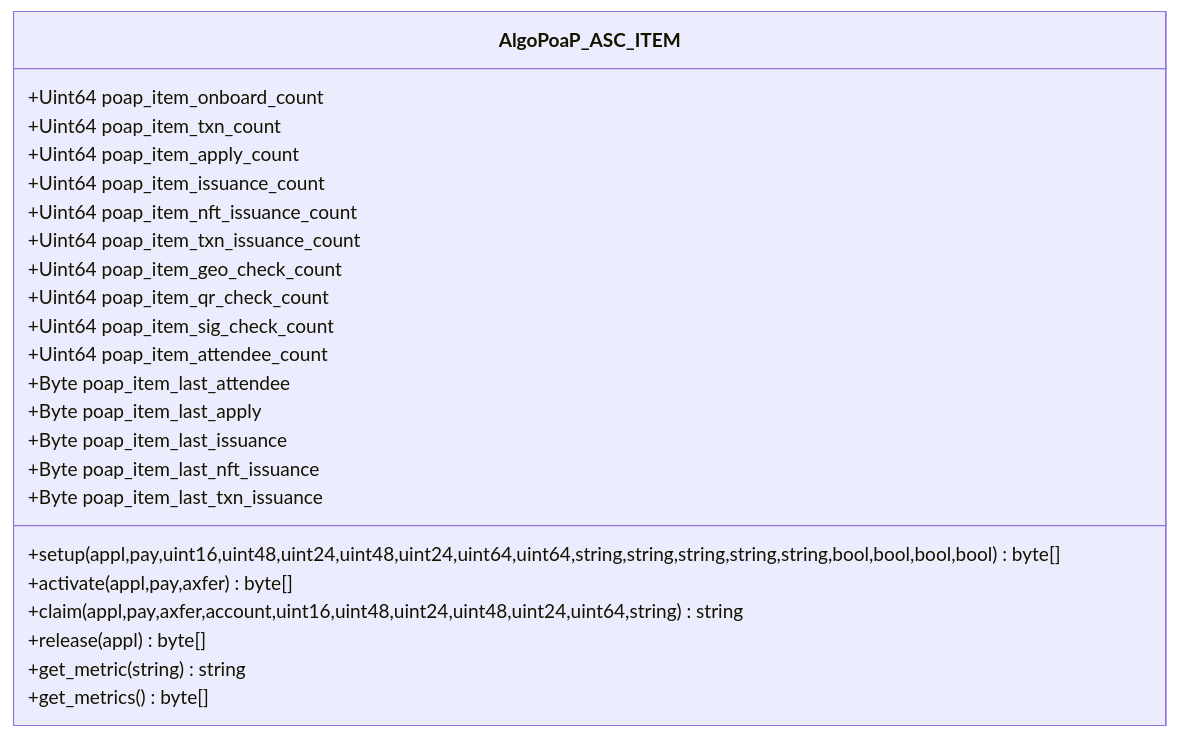
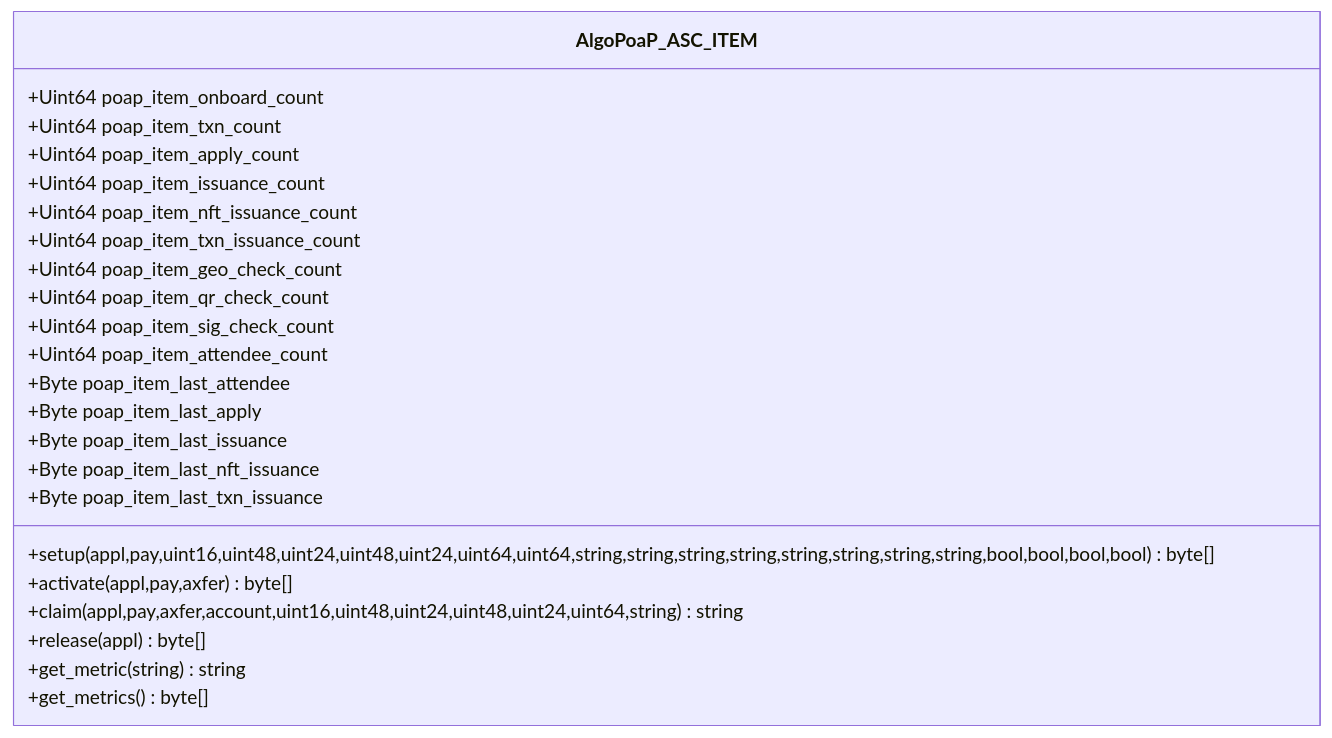
One commit to GoPlausible/.github changed the tenth of 10 diagrams in profile/README.md. Above: the diagram before and after it, drawn with Mermaid. The commit also changed other lines of this file, not shown here.

````diff
--- a/profile/README.md
+++ b/profile/README.md
@@ -570,30 +572,30 @@
 ```mermaid
   classDiagram
     class AlgoPoaP_ASC_ITEM
     AlgoPoaP_ASC_ITEM : +Uint64 poap_item_onboard_count
     AlgoPoaP_ASC_ITEM : +Uint64 poap_item_txn_count
     AlgoPoaP_ASC_ITEM : +Uint64 poap_item_apply_count
     AlgoPoaP_ASC_ITEM : +Uint64 poap_item_issuance_count
     AlgoPoaP_ASC_ITEM : +Uint64 poap_item_nft_issuance_count
     AlgoPoaP_ASC_ITEM : +Uint64 poap_item_txn_issuance_count
 
     AlgoPoaP_ASC_ITEM : +Uint64 poap_item_geo_check_count
     AlgoPoaP_ASC_ITEM : +Uint64 poap_item_qr_check_count
     AlgoPoaP_ASC_ITEM : +Uint64 poap_item_sig_check_count
 
     AlgoPoaP_ASC_ITEM : +Uint64 poap_item_attendee_count
     AlgoPoaP_ASC_ITEM : +Byte poap_item_last_attendee
     AlgoPoaP_ASC_ITEM : +Byte poap_item_last_apply
     AlgoPoaP_ASC_ITEM : +Byte poap_item_last_issuance
     AlgoPoaP_ASC_ITEM : +Byte poap_item_last_nft_issuance
     AlgoPoaP_ASC_ITEM : +Byte poap_item_last_txn_issuance
-    AlgoPoaP_ASC_ITEM : +setup(appl,pay,uint16,uint48,uint24,uint48,uint24,uint64,uint64,string,string,string,string,string,bool,bool,bool,bool)byte[]
+    AlgoPoaP_ASC_ITEM : +setup(appl,pay,uint16,uint48,uint24,uint48,uint24,uint64,uint64,string,string,string,string,string,string,string,string,bool,bool,bool,bool)byte[]
     AlgoPoaP_ASC_ITEM : +activate(appl,pay,axfer)byte[]
     AlgoPoaP_ASC_ITEM : +claim(appl,pay,axfer,account,uint16,uint48,uint24,uint48,uint24,uint64,string)string
     AlgoPoaP_ASC_ITEM : +release(appl)byte[]
     AlgoPoaP_ASC_ITEM : +get_metric(string)string
     AlgoPoaP_ASC_ITEM : +get_metrics()byte[]
     
   
     
 ```
````
